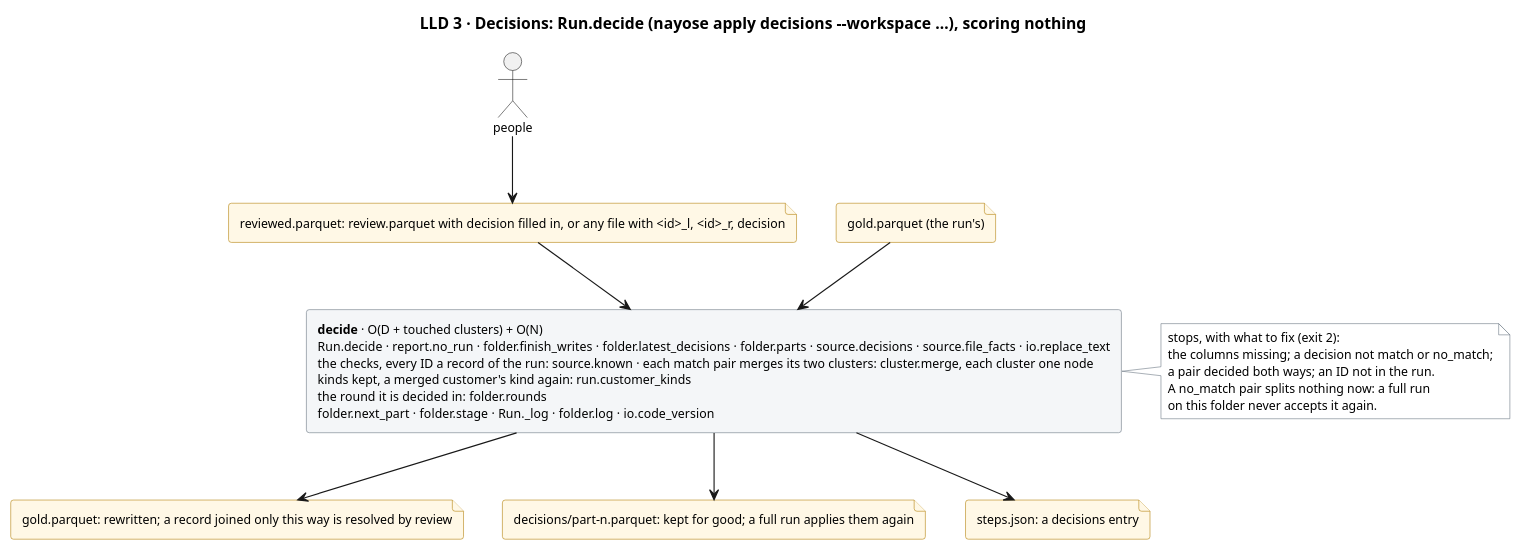
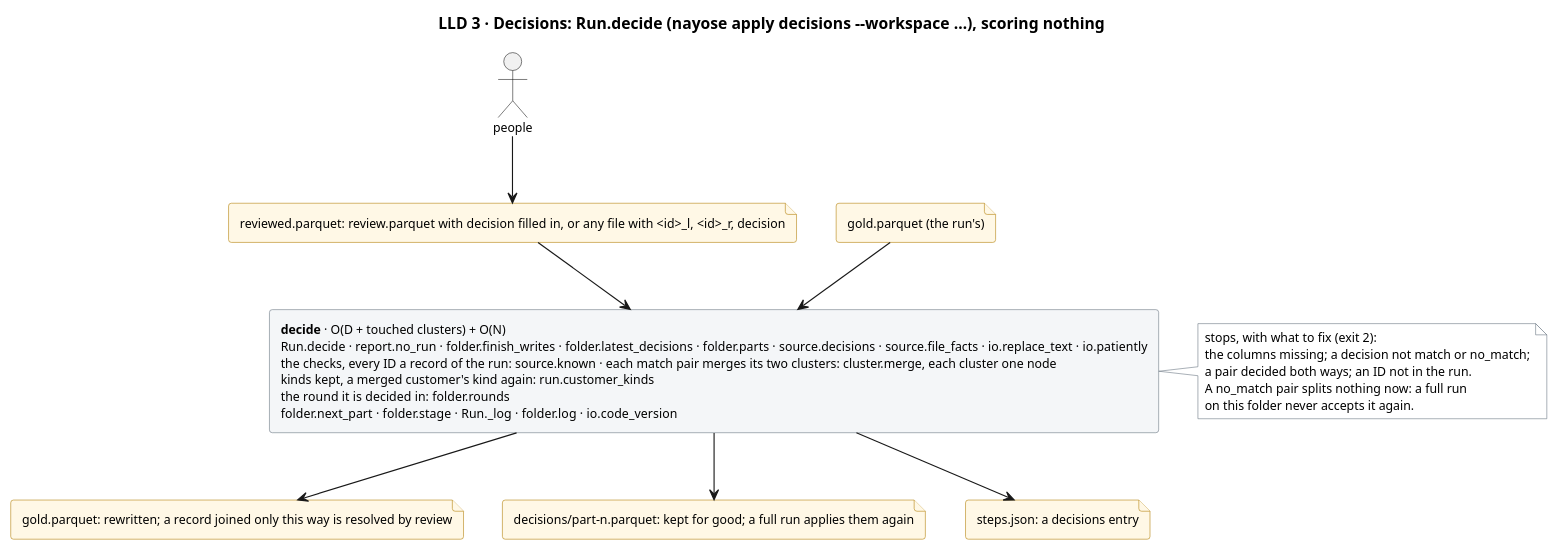
The diagram in docs/diagrams/decisions.puml (mvsbm/entity_matching), drawn with PlantUML before and after one commit. The commit also changed 17 other files, not shown here.

```diff
--- a/docs/diagrams/decisions.puml
+++ b/docs/diagrams/decisions.puml
@@ -1,41 +1,41 @@
 @startuml decisions
 title LLD 3 · Decisions: Run.decide (nayose apply decisions ~--workspace …), scoring nothing
 skinparam defaultFontSize 11
 skinparam rectangle {
   BackgroundColor #F4F6F8
   BorderColor #65717E
 }
 skinparam file {
   BackgroundColor #FFF8E6
   BorderColor #B07D00
 }
 skinparam note {
   BackgroundColor #FFFFFF
   BorderColor #65717E
 }
 
 actor "people" as people
 file "reviewed.parquet: review.parquet with decision filled in, or any file with <id>_l, <id>_r, decision" as f_decided
 file "gold.parquet (the run's)" as f_gold_in
 
-rectangle "<b>decide</b> · O(D + touched clusters) + O(N)\nRun.decide · report.no_run · folder.finish_writes · folder.latest_decisions · folder.parts · source.decisions · source.file_facts · io.replace_text\nthe checks, every ID a record of the run: source.known · each match pair merges its two clusters: cluster.merge, each cluster one node\nkinds kept, a merged customer's kind again: run.customer_kinds\nthe round it is decided in: folder.rounds\nfolder.next_part · folder.stage · Run._log · folder.log · io.code_version" as decide
+rectangle "<b>decide</b> · O(D + touched clusters) + O(N)\nRun.decide · report.no_run · folder.finish_writes · folder.latest_decisions · folder.parts · source.decisions · source.file_facts · io.replace_text · io.patiently\nthe checks, every ID a record of the run: source.known · each match pair merges its two clusters: cluster.merge, each cluster one node\nkinds kept, a merged customer's kind again: run.customer_kinds\nthe round it is decided in: folder.rounds\nfolder.next_part · folder.stage · Run._log · folder.log · io.code_version" as decide
 
 note right of decide
   stops, with what to fix (exit 2):
   the columns missing; a decision not match or no_match;
   a pair decided both ways; an ID not in the run.
   A no_match pair splits nothing now: a full run
   on this folder never accepts it again.
 end note
 
 file "gold.parquet: rewritten; a record joined only this way is resolved by review" as f_gold_out
 file "decisions/part-n.parquet: kept for good; a full run applies them again" as f_kept
 file "steps.json: a decisions entry" as f_steps
 
 people --> f_decided
 f_decided --> decide
 f_gold_in --> decide
 decide --> f_gold_out
 decide --> f_kept
 decide --> f_steps
 @enduml
```
